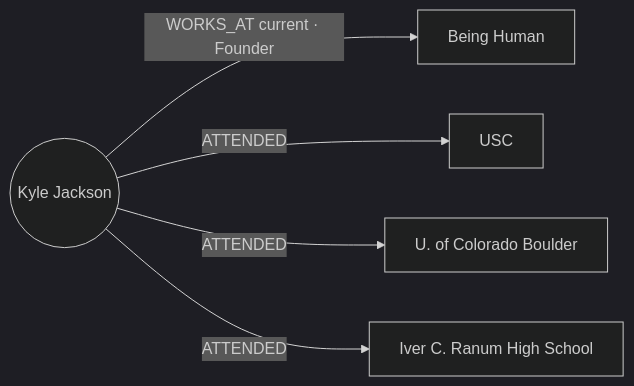
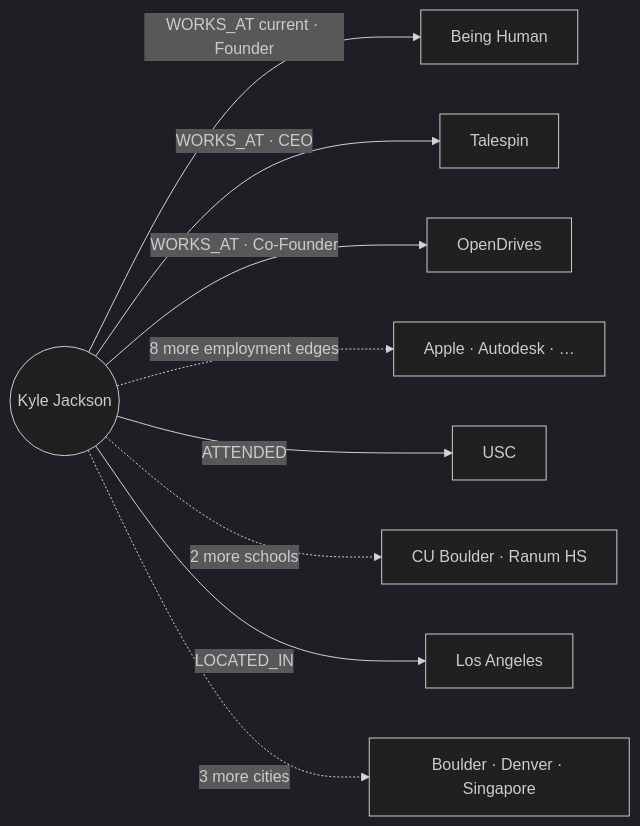
One commit to M-Pederson/docs changed the diagram in guides/open-work/edge-sync.mdx. Above: the diagram before and after it, drawn with Mermaid (dark theme). The commit also changed other lines of this file, not shown here.

First line of the commit message:
Sign-up copies ALL 1-hop user edges (expertise excluded); Kyle example updated

````diff
--- a/guides/open-work/edge-sync.mdx
+++ b/guides/open-work/edge-sync.mdx
@@ -212,7 +220,11 @@
 ```mermaid
 graph LR
     K((Kyle Jackson)) -->|WORKS_AT current · Founder| BH[Being Human]
+    K -->|WORKS_AT · CEO| TS[Talespin]
+    K -->|WORKS_AT · Co-Founder| OD[OpenDrives]
+    K -.->|8 more employment edges| MORE[Apple · Autodesk · …]
     K -->|ATTENDED| USC[USC]
-    K -->|ATTENDED| CU[U. of Colorado Boulder]
-    K -->|ATTENDED| HS[Iver C. Ranum High School]
+    K -.->|2 more schools| SCH[CU Boulder · Ranum HS]
+    K -->|LOCATED_IN| LA[Los Angeles]
+    K -.->|3 more cities| CIT[Boulder · Denver · Singapore]
 ```
````
